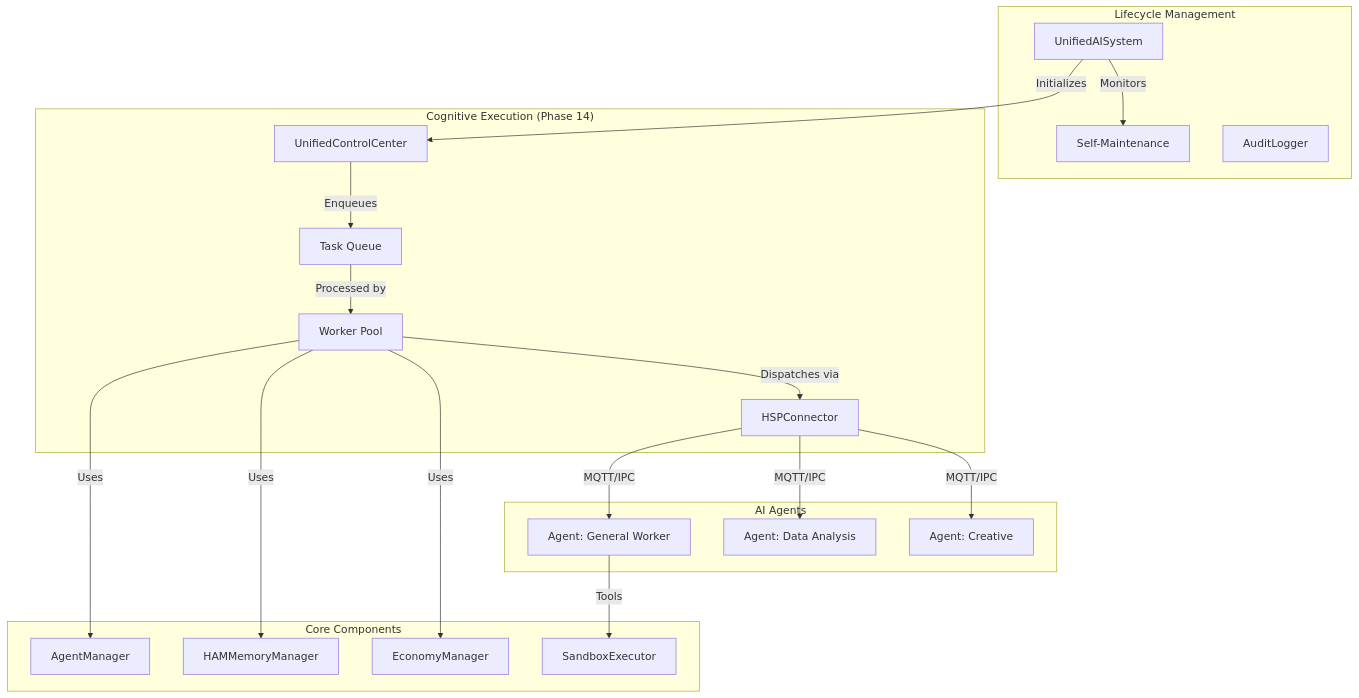
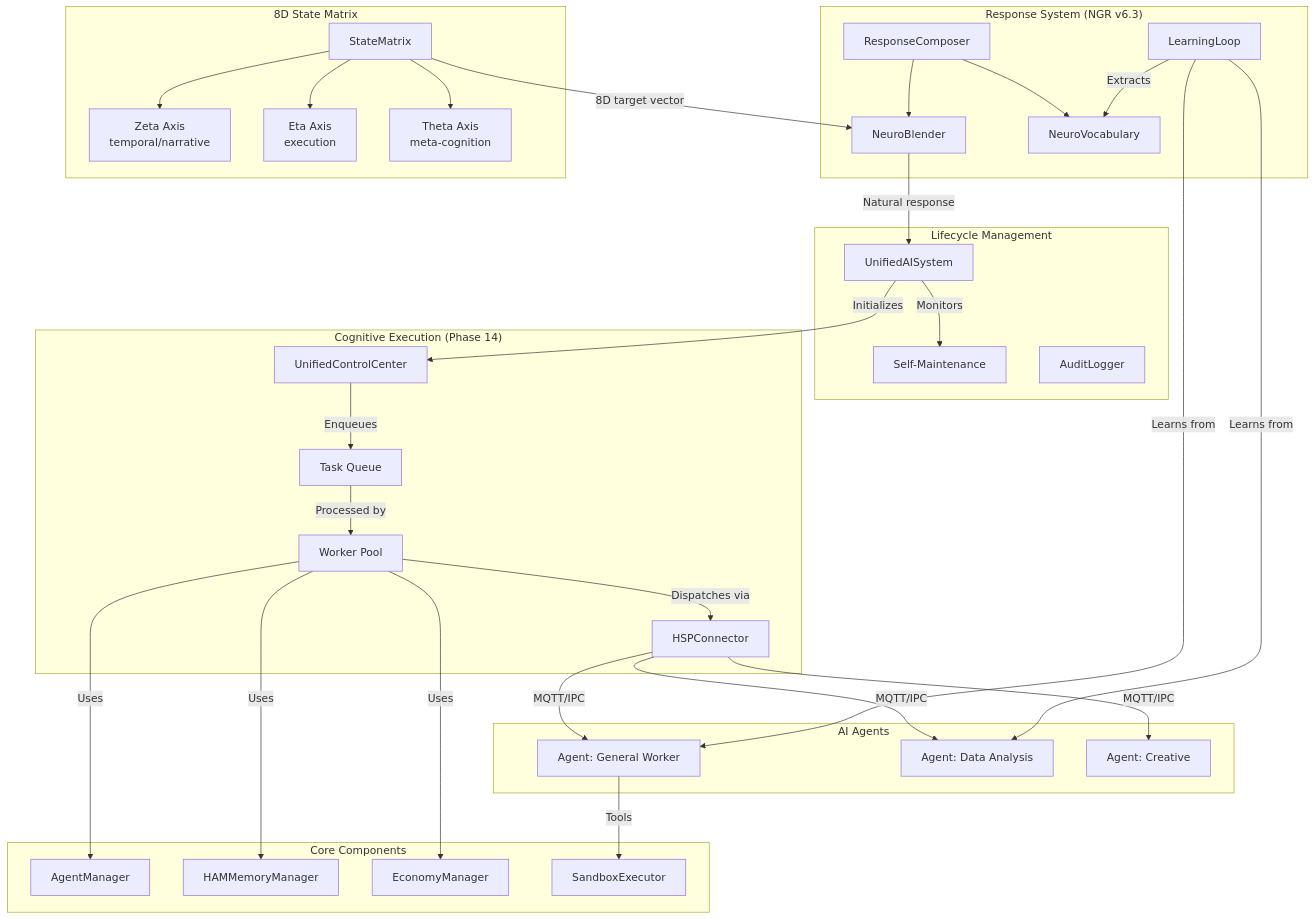
One commit to catcatAI/Unified-AI-Project changed the diagram in docs/00-overview/system-architecture-diagram.md. Above: the diagram before and after it, drawn with Mermaid. The commit also changed 10 other files, not shown here.

````diff
--- a/docs/00-overview/system-architecture-diagram.md
+++ b/docs/00-overview/system-architecture-diagram.md
@@ -1,45 +1,70 @@
 ```mermaid
 graph TD
     subgraph "Lifecycle Management"
         SYS[UnifiedAISystem]
         MAINT[Self-Maintenance]
         AUDIT[AuditLogger]
+    end
+
+    subgraph "Response System (NGR v6.3)"
+        NB[NeuroBlender]
+        NV[NeuroVocabulary]
+        LL[LearningLoop]
+        RC[ResponseComposer]
+        RC --> NB
+        RC --> NV
+        LL -->|Extracts| NV
+    end
+
+    subgraph "8D State Matrix"
+        SM[StateMatrix]
+        ZETA[Zeta Axis<br/>temporal/narrative]
+        ETA[Eta Axis<br/>execution]
+        THETA[Theta Axis<br/>meta-cognition]
+        SM --> ZETA
+        SM --> ETA
+        SM --> THETA
     end
 
     subgraph "Cognitive Execution (Phase 14)"
         UCC[UnifiedControlCenter]
         TQ[Task Queue]
         WP[Worker Pool]
         HSP[HSPConnector]
     end
 
     subgraph "AI Agents"
         A1[Agent: General Worker]
         A2[Agent: Data Analysis]
         A3[Agent: Creative]
     end
 
     subgraph "Core Components"
         AM[AgentManager]
         HAM[HAMMemoryManager]
         ECON[EconomyManager]
         SB[SandboxExecutor]
     end
 
     SYS -->|Initializes| UCC
     SYS -->|Monitors| MAINT
     
     UCC -->|Enqueues| TQ
     TQ -->|Processed by| WP
     WP -->|Dispatches via| HSP
     
     HSP -->|MQTT/IPC| A1
     HSP -->|MQTT/IPC| A2
     HSP -->|MQTT/IPC| A3
     
     WP -->|Uses| AM
     WP -->|Uses| HAM
     WP -->|Uses| ECON
     
     A1 -->|Tools| SB
+
+    SM -->|8D target vector| NB
+    NB -->|Natural response| SYS
+    LL -->|Learns from| A1
+    LL -->|Learns from| A2
 ```
````
